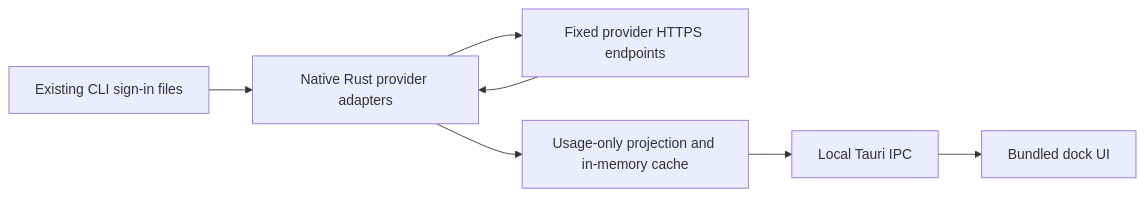
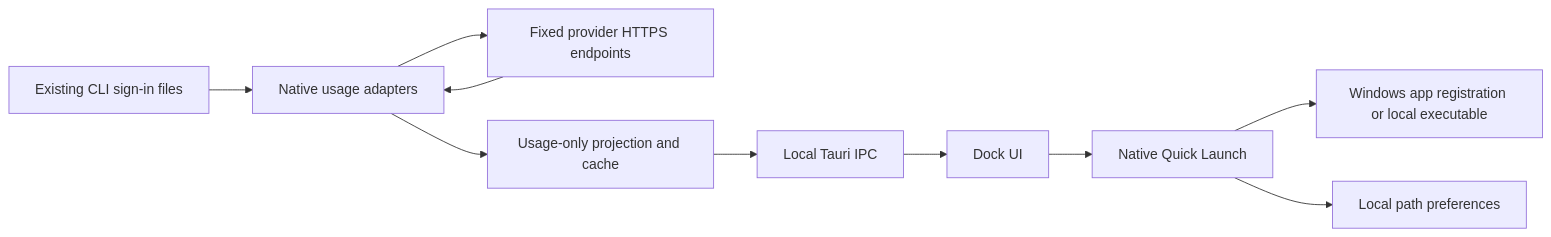
The diagram in docs/ARCHITECTURE.md (solo19978/quota-sentinel), drawn with Mermaid before and after one commit. The commit also changed other lines of this file, not shown here.

Commit message:
docs: reflect 1.26.6 Quick Launch

````diff
--- a/docs/ARCHITECTURE.md
+++ b/docs/ARCHITECTURE.md
@@ -9,9 +5,12 @@
 ```mermaid
 flowchart LR
-  A[Existing CLI sign-in files] --> B[Native Rust provider adapters]
+  A[Existing CLI sign-in files] --> B[Native usage adapters]
   B --> C[Fixed provider HTTPS endpoints]
   C --> B
-  B --> D[Usage-only projection and in-memory cache]
+  B --> D[Usage-only projection and cache]
   D --> E[Local Tauri IPC]
-  E --> F[Bundled dock UI]
+  E --> F[Dock UI]
+  F --> G[Native Quick Launch]
+  G --> H[Windows app registration or local executable]
+  G --> I[Local path preferences]
 ```
````
